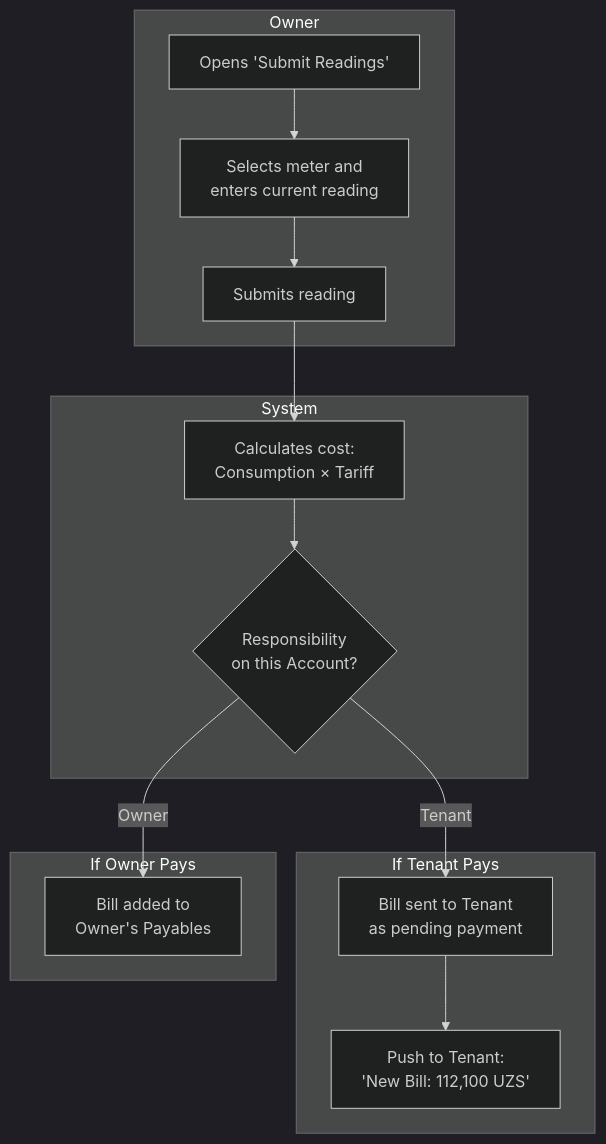
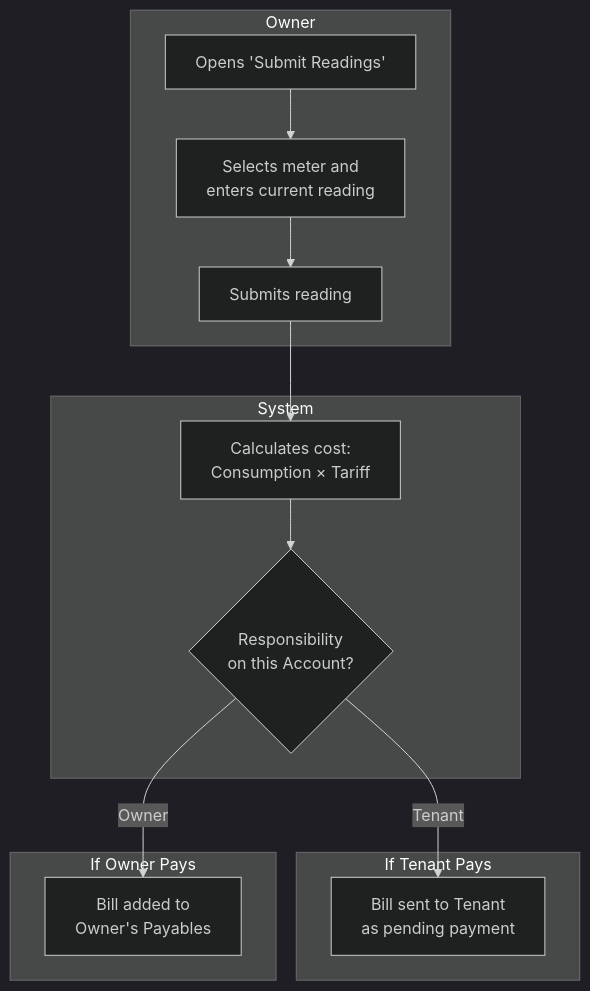
Before and after one commit to saodatm-dev/Utilities---Informational-Architecture: the fifth of 12 diagrams in Utilities - Business Owner.md, drawn with Mermaid (dark theme). The commit also changed other lines of this file, not shown here.

Commit message:
refactor: Refine billing automation descriptions, update dashboard alerts, remove tenant bill notifications, and clarify non-metered utility settlement.

````diff
--- a/Utilities - Business Owner.md
+++ b/Utilities - Business Owner.md
@@ -154,20 +154,19 @@
 ```mermaid
 flowchart TD
     subgraph OWNER_ACTIONS ["Owner"]
         OPEN["Opens 'Submit Readings'"] --> SELECT["Selects meter and<br/>enters current reading"] --> SUBMIT["Submits reading"]
     end
 
     subgraph SYSTEM_ACTIONS ["System"]
         SUBMIT --> CALC["Calculates cost:<br/>Consumption × Tariff"]
         CALC --> CHECK_RESP{"Responsibility<br/>on this Account?"}
     end
 
     subgraph TENANT_PATH ["If Tenant Pays"]
         CHECK_RESP -->|"Tenant"| BILL_T["Bill sent to Tenant<br/>as pending payment"]
-        BILL_T --> NOTIFY_T["Push to Tenant:<br/>'New Bill: 112,100 UZS'"]
     end
 
     subgraph OWNER_PATH ["If Owner Pays"]
         CHECK_RESP -->|"Owner"| BILL_O["Bill added to<br/>Owner's Payables"]
     end
 ```
````
